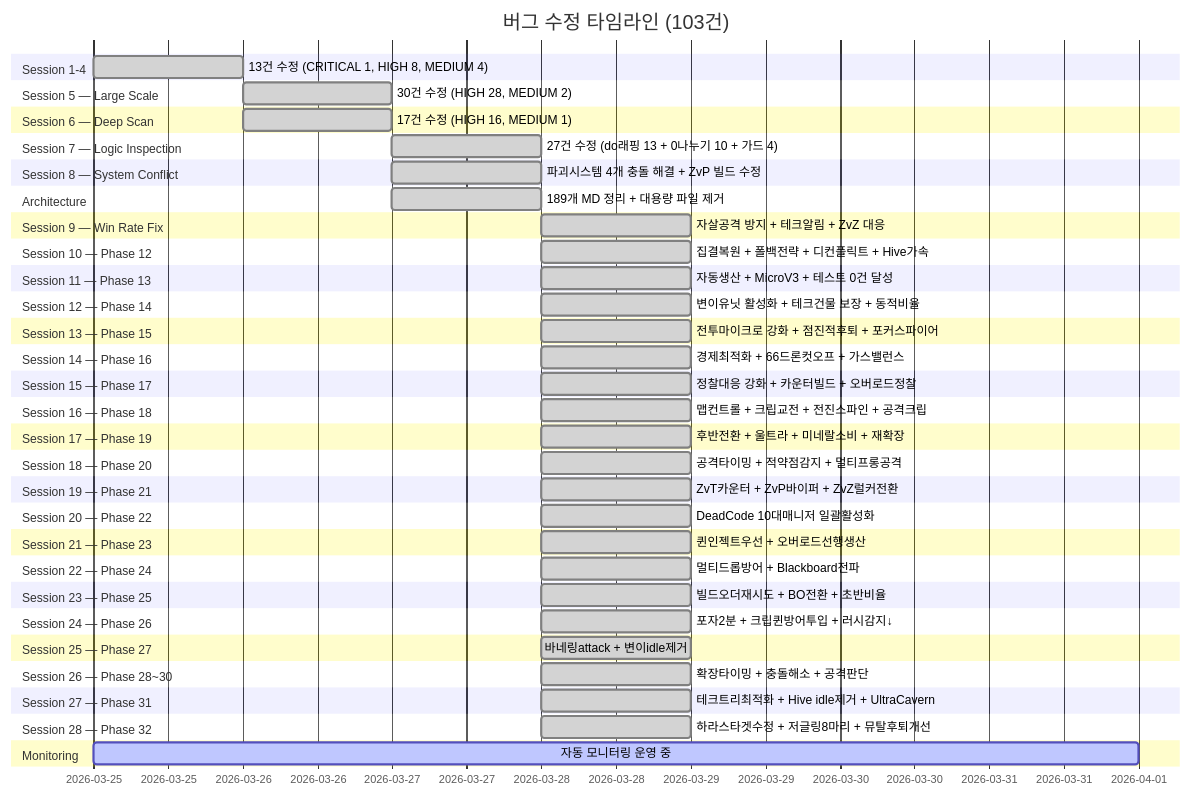
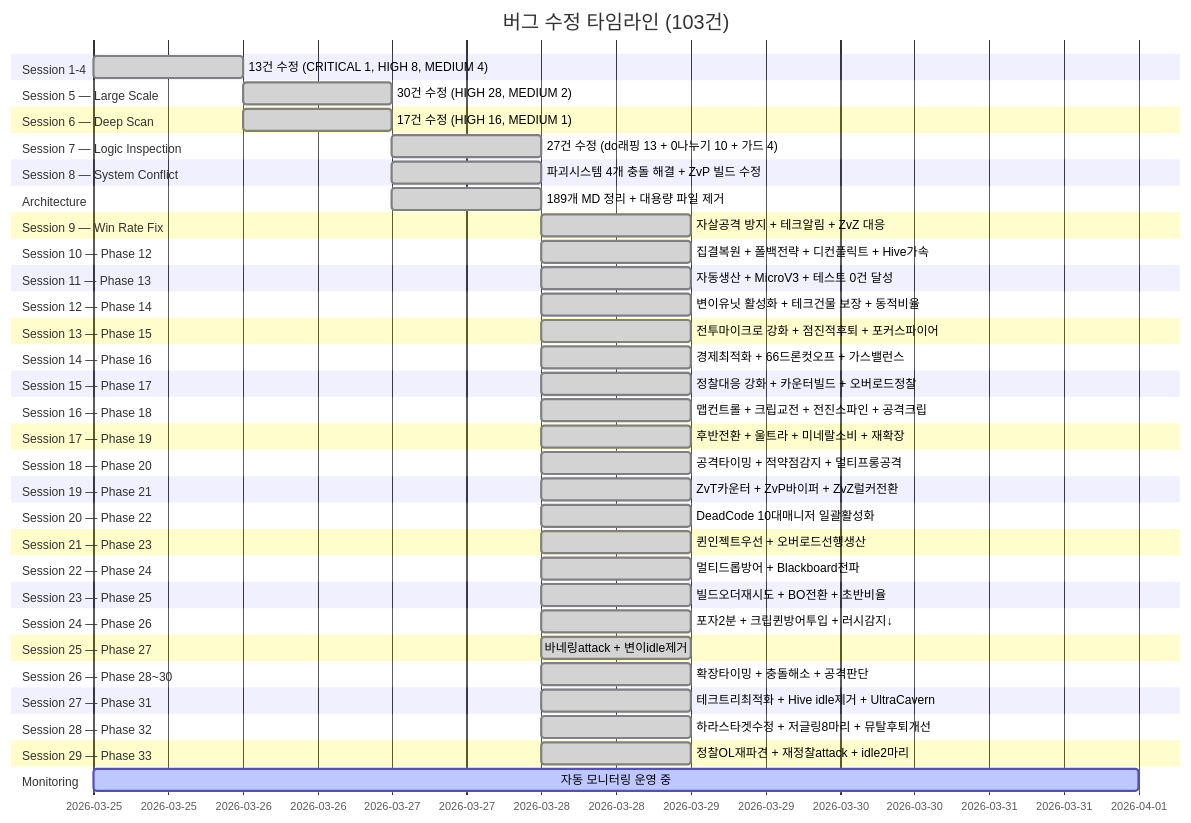
Diagram 23 of 31 in README.md (sun475300-sudo/Swarm-control-in-sc2bot), drawn with Mermaid before and after one commit. The commit also changed other lines of this file and 2 other files, not shown here.

Commit message:
feat: Phase 33 정찰오버로드강화 — 사망시재파견 + 재정찰attack + idle최소2마리

````diff
--- a/README.md
+++ b/README.md
@@ -633,59 +633,61 @@
 ```mermaid
 gantt
     title 버그 수정 타임라인 (103건)
     dateFormat YYYY-MM-DD
     section Session 1-4
         13건 수정 (CRITICAL 1, HIGH 8, MEDIUM 4)   :done, s1, 2026-03-25, 1d
     section Session 5 — Large Scale
         30건 수정 (HIGH 28, MEDIUM 2)              :done, s5, 2026-03-26, 1d
     section Session 6 — Deep Scan
         17건 수정 (HIGH 16, MEDIUM 1)              :done, s6, 2026-03-26, 1d
     section Session 7 — Logic Inspection
         27건 수정 (do래핑 13 + 0나누기 10 + 가드 4) :done, s7, 2026-03-27, 1d
     section Session 8 — System Conflict
         파괴시스템 4개 충돌 해결 + ZvP 빌드 수정    :done, s8, 2026-03-27, 1d
     section Architecture
         189개 MD 정리 + 대용량 파일 제거            :done, s9, 2026-03-27, 1d
     section Session 9 — Win Rate Fix
         자살공격 방지 + 테크알림 + ZvZ 대응         :done, s10, 2026-03-28, 1d
     section Session 10 — Phase 12
         집결복원 + 폴백전략 + 디컨플릭트 + Hive가속 :done, s11, 2026-03-28, 1d
     section Session 11 — Phase 13
         자동생산 + MicroV3 + 테스트 0건 달성       :done, s12, 2026-03-28, 1d
     section Session 12 — Phase 14
         변이유닛 활성화 + 테크건물 보장 + 동적비율  :done, s13, 2026-03-28, 1d
     section Session 13 — Phase 15
         전투마이크로 강화 + 점진적후퇴 + 포커스파이어 :done, s14, 2026-03-28, 1d
     section Session 14 — Phase 16
         경제최적화 + 66드론컷오프 + 가스밸런스     :done, s15, 2026-03-28, 1d
     section Session 15 — Phase 17
         정찰대응 강화 + 카운터빌드 + 오버로드정찰   :done, s16, 2026-03-28, 1d
     section Session 16 — Phase 18
         맵컨트롤 + 크립교전 + 전진스파인 + 공격크립 :done, s17, 2026-03-28, 1d
     section Session 17 — Phase 19
         후반전환 + 울트라 + 미네랄소비 + 재확장    :done, s18, 2026-03-28, 1d
     section Session 18 — Phase 20
         공격타이밍 + 적약점감지 + 멀티프롱공격     :done, s19, 2026-03-28, 1d
     section Session 19 — Phase 21
         ZvT카운터 + ZvP바이퍼 + ZvZ럴커전환      :done, s20, 2026-03-28, 1d
     section Session 20 — Phase 22
         DeadCode 10대매니저 일괄활성화            :done, s21, 2026-03-28, 1d
     section Session 21 — Phase 23
         퀸인젝트우선 + 오버로드선행생산          :done, s22, 2026-03-28, 1d
     section Session 22 — Phase 24
         멀티드롭방어 + Blackboard전파           :done, s23, 2026-03-28, 1d
     section Session 23 — Phase 25
         빌드오더재시도 + BO전환 + 초반비율     :done, s24, 2026-03-28, 1d
     section Session 24 — Phase 26
         포자2분 + 크립퀸방어투입 + 러시감지↓  :done, s25, 2026-03-28, 1d
     section Session 25 — Phase 27
         바네링attack + 변이idle제거         :done, s26, 2026-03-28, 1d
     section Session 26 — Phase 28~30
         확장타이밍 + 충돌해소 + 공격판단   :done, s27, 2026-03-28, 1d
     section Session 27 — Phase 31
         테크트리최적화 + Hive idle제거 + UltraCavern :done, s28, 2026-03-28, 1d
     section Session 28 — Phase 32
         하라스타겟수정 + 저글링8마리 + 뮤탈후퇴개선  :done, s29, 2026-03-28, 1d
+    section Session 29 — Phase 33
+        정찰OL재파견 + 재정찰attack + idle2마리    :done, s30, 2026-03-28, 1d
     section Monitoring
         자동 모니터링 운영 중                        :active, mon, 2026-03-25, 7d
 ```
````
